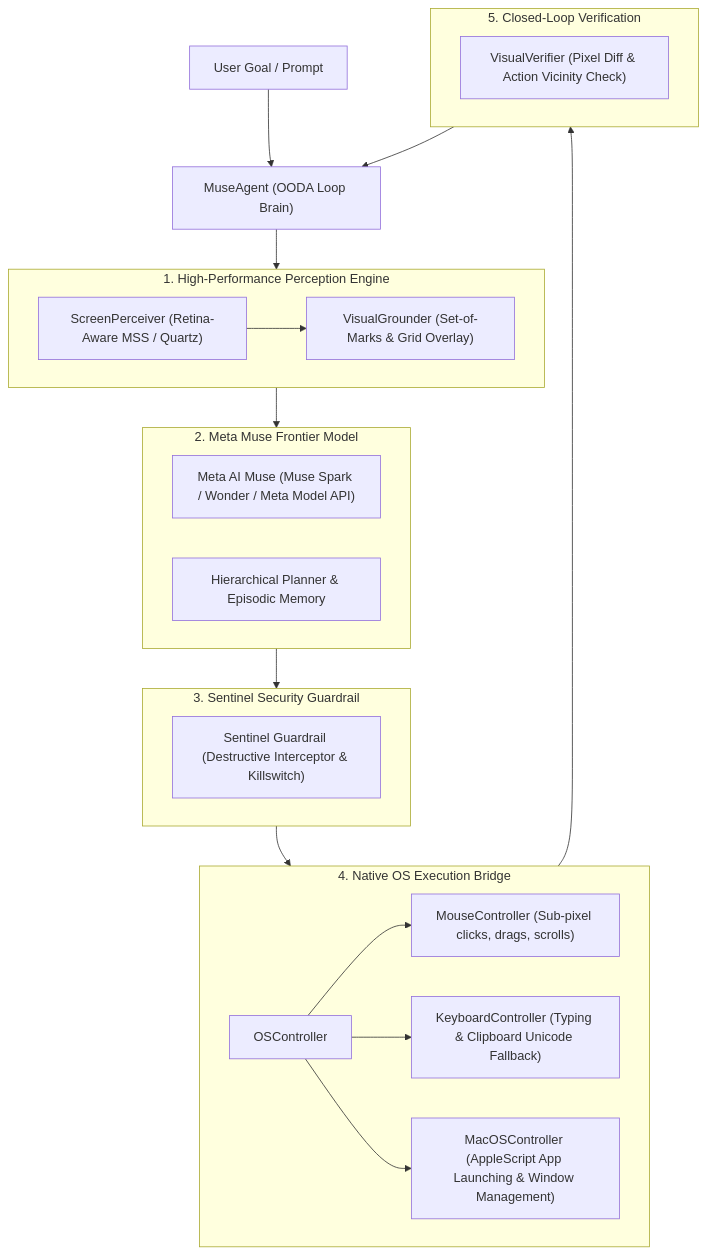
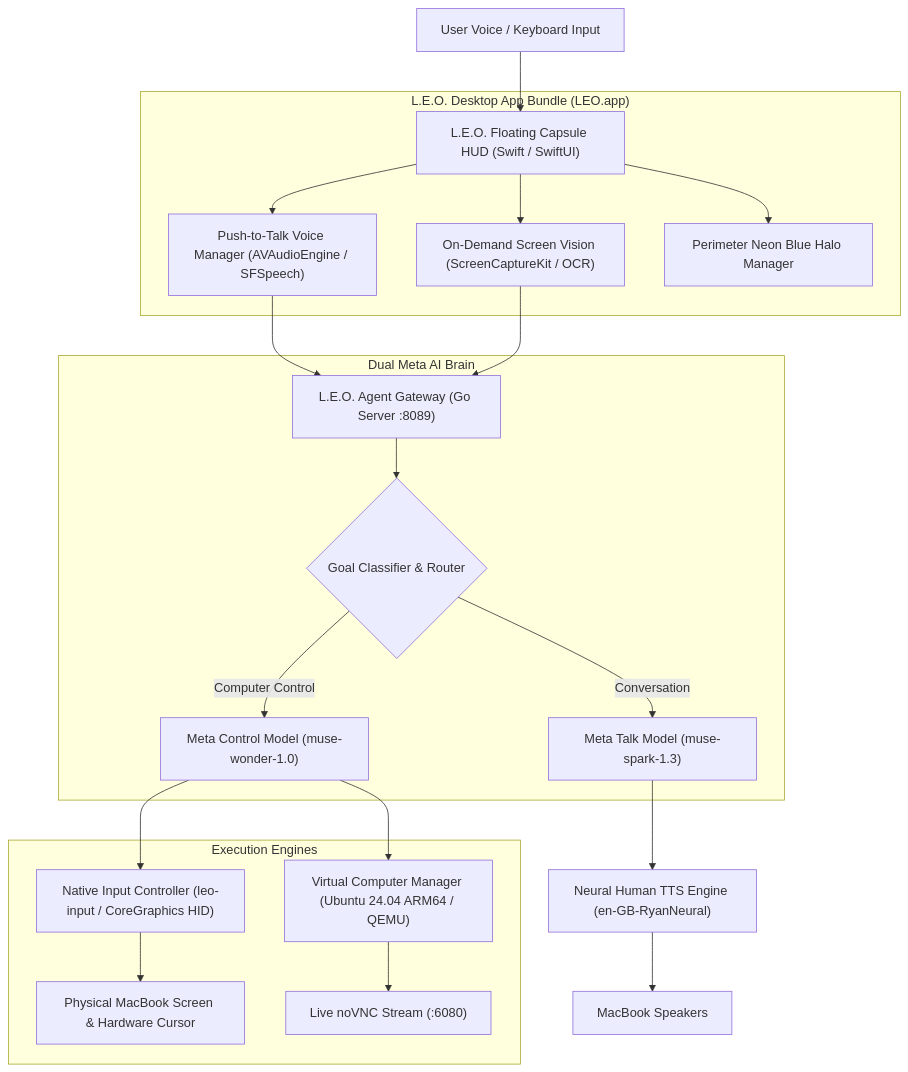
Before and after one commit to reyanshcollegeproject-glitch/leo-agent: the diagram in README.md, drawn with Mermaid. The commit also changed other lines of this file and 302 other files, not shown here.

Commit message:
feat: unified L.E.O. desktop agent with physical MacBook mouse control, studio voice, computer vision, and virtual computer

````diff
--- a/README.md
+++ b/README.md
@@ -132,40 +28,29 @@
 ```mermaid
 flowchart TD
-    User["User Goal / Prompt"] --> Agent["MuseAgent (OODA Loop Brain)"]
+    User["User Voice / Keyboard Input"] --> HUD["L.E.O. Floating Capsule HUD (Swift / SwiftUI)"]
     
-    subgraph Perception ["1. High-Performance Perception Engine"]
-        Screen["ScreenPerceiver (Retina-Aware MSS / Quartz)"]
-        Grounder["VisualGrounder (Set-of-Marks & Grid Overlay)"]
-        Screen --> Grounder
+    subgraph macOS_Platform ["L.E.O. Desktop App Bundle (LEO.app)"]
+        HUD --> VAD["Push-to-Talk Voice Manager (AVAudioEngine / SFSpeech)"]
+        HUD --> Vision["On-Demand Screen Vision (ScreenCaptureKit / OCR)"]
+        HUD --> Halo["Perimeter Neon Blue Halo Manager"]
     end
 
-    subgraph Cognition ["2. Meta Muse Frontier Model"]
-        Model["Meta AI Muse (Muse Spark / Wonder / Meta Model API)"]
-        Planner["Hierarchical Planner & Episodic Memory"]
+    VAD --> Gateway["L.E.O. Agent Gateway (Go Server :8089)"]
+    Vision --> Gateway
+
+    subgraph Intelligence ["Dual Meta AI Brain"]
+        Gateway --> Router{"Goal Classifier & Router"}
+        Router -->|Conversation| TalkModel["Meta Talk Model (muse-spark-1.3)"]
+        Router -->|Computer Control| ControlModel["Meta Control Model (muse-wonder-1.0)"]
     end
 
-    subgraph Safety ["3. Sentinel Security Guardrail"]
-        Sentinel["Sentinel Guardrail (Destructive Interceptor & Killswitch)"]
+    subgraph Execution ["Execution Engines"]
+        ControlModel --> Controller["Native Input Controller (leo-input / CoreGraphics HID)"]
+        ControlModel --> VM["Virtual Computer Manager (Ubuntu 24.04 ARM64 / QEMU)"]
+        Controller --> MacScreen["Physical MacBook Screen & Hardware Cursor"]
+        VM --> VNC["Live noVNC Stream (:6080)"]
     end
 
-    subgraph Controller ["4. Native OS Execution Bridge"]
-        OSCtrl["OSController"]
-        Mouse["MouseController (Sub-pixel clicks, drags, scrolls)"]
-        Keyboard["KeyboardController (Typing & Clipboard Unicode Fallback)"]
-        MacOS["MacOSController (AppleScript App Launching & Window Management)"]
-        OSCtrl --> Mouse
-        OSCtrl --> Keyboard
-        OSCtrl --> MacOS
-    end
-
-    subgraph Verification ["5. Closed-Loop Verification"]
-        Verifier["VisualVerifier (Pixel Diff & Action Vicinity Check)"]
-    end
-
-    Agent --> Perception
-    Perception --> Cognition
-    Cognition --> Safety
-    Safety --> Controller
-    Controller --> Verification
-    Verification --> Agent
+    TalkModel --> NeuralTTS["Neural Human TTS Engine (en-GB-RyanNeural)"]
+    NeuralTTS --> Speaker["MacBook Speakers"]
 ```
````
